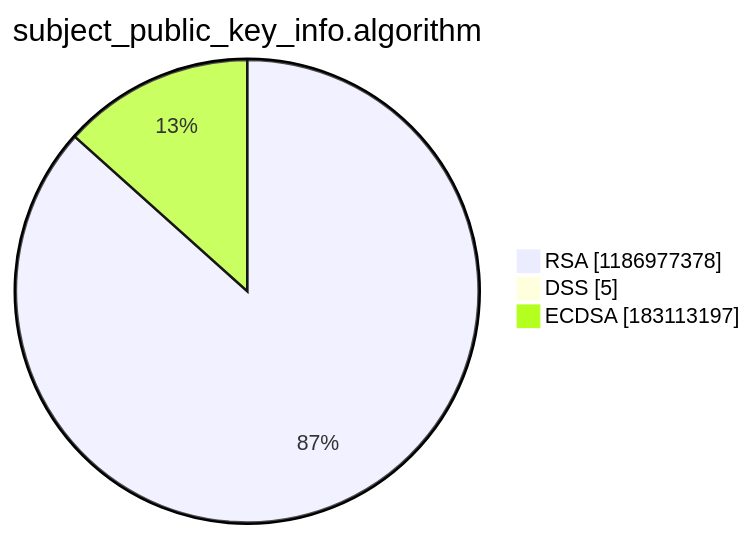
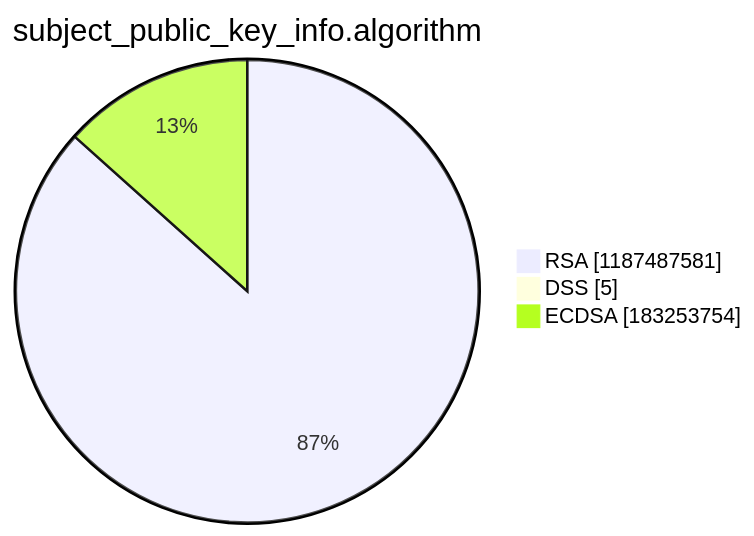
One commit to christiankrug/ctmonitor_visualization changed the third of 15 diagrams in argon2022/README.md. Above: the diagram before and after it, drawn with Mermaid. The commit also changed other lines of this file, not shown here.

````diff
--- a/argon2022/README.md
+++ b/argon2022/README.md
@@ -14,7 +14,7 @@
 ```mermaid
 pie showData
 title subject_public_key_info.algorithm
-"RSA" :1186977378
+"RSA" :1187487581
 "DSS" :5
-"ECDSA" :183113197
+"ECDSA" :183253754
 ```
````
